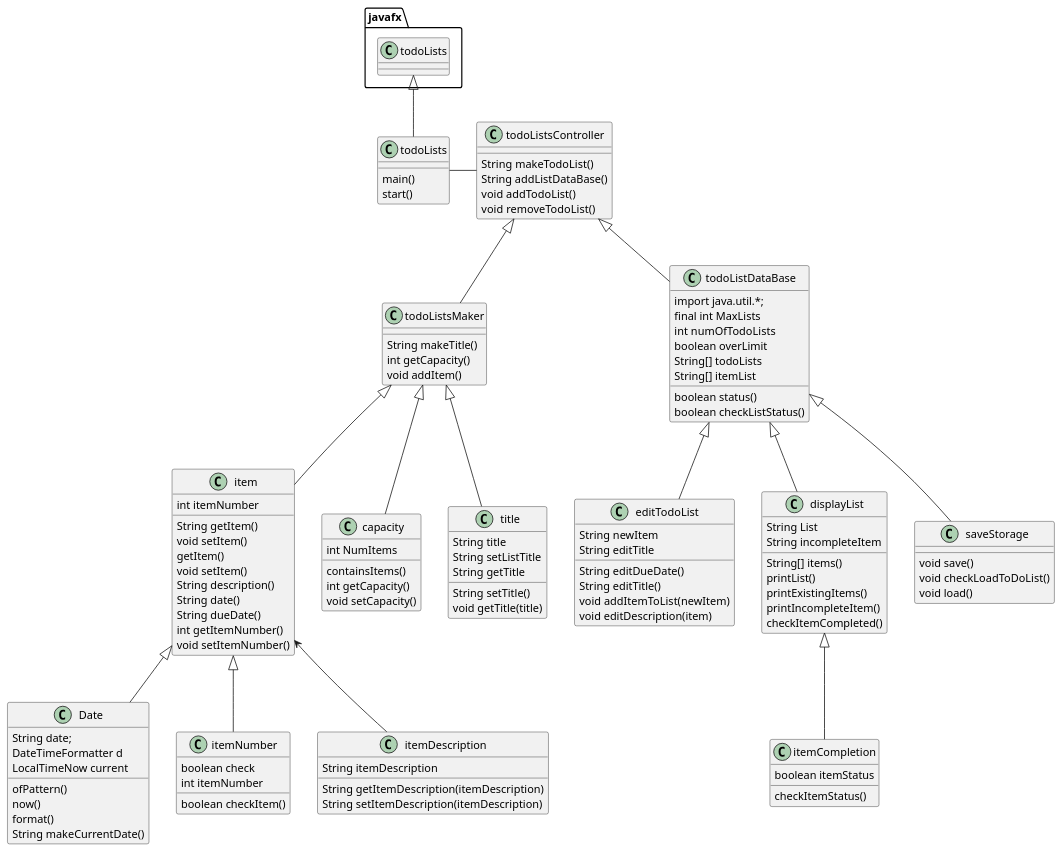
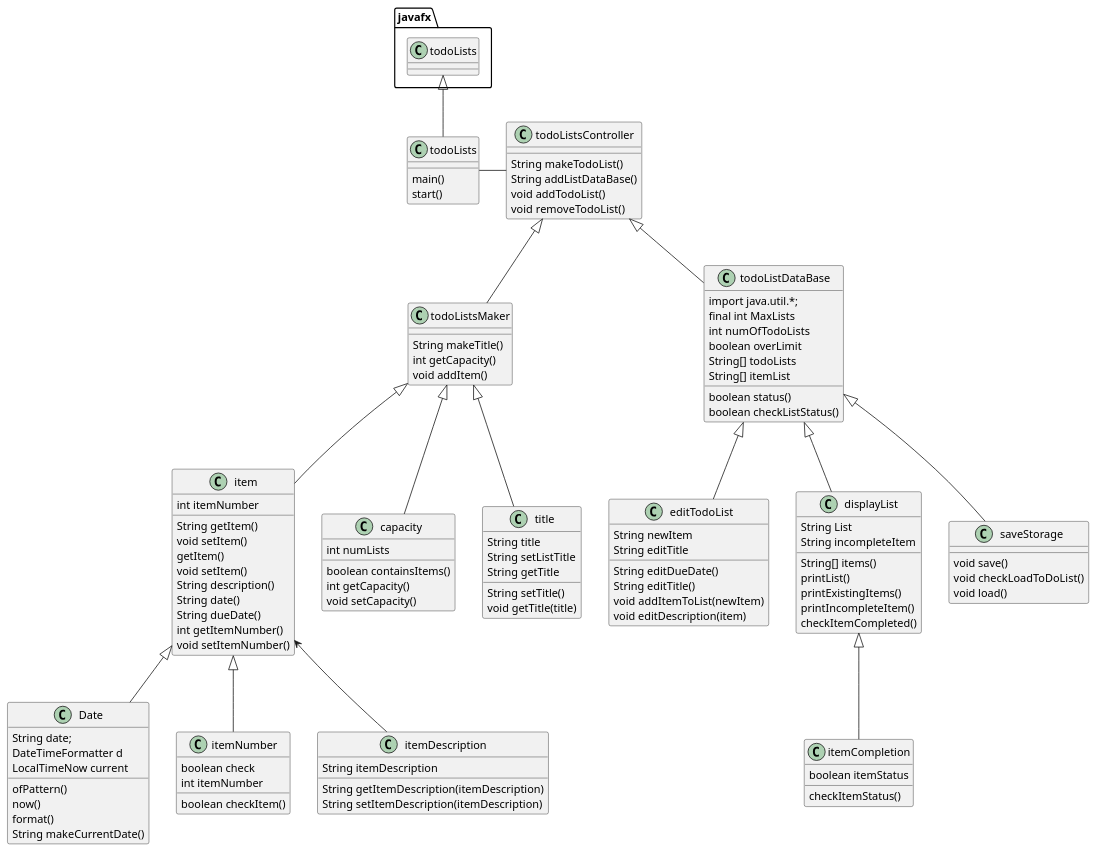
The diagram in UML/ListApplication.puml (vincentv1345/verapen-cop3330-assignment4), drawn with PlantUML before and after one commit. The commit also changed 5 other files, not shown here.

```diff
--- a/UML/ListApplication.puml
+++ b/UML/ListApplication.puml
@@ -1,114 +1,114 @@
 @startuml
 'https://plantuml.com/class-diagram
 
 class todoLists{
     main()
     start()
 }
 class todoListsController{
 String makeTodoList()
 String addListDataBase()
 void addTodoList()
 void removeTodoList()
 }
 class todoListsMaker{
 String makeTitle()
 int getCapacity()
 void addItem()
 
 }
 class item{
 String getItem()
 void setItem()
 int itemNumber
 getItem()
 void setItem()
 String description()
 String date()
 String dueDate()
 int getItemNumber()
 void setItemNumber()
 }
 class itemCompletion{
 boolean itemStatus
 checkItemStatus()
 }
 class capacity{
-int NumItems
-containsItems()
+int numLists
+boolean containsItems()
 int getCapacity()
 void setCapacity()
 }
 class title{
 String title
 String setListTitle
 String getTitle
 String setTitle()
 void getTitle(title)
 }
 class Date{
 String date;
 DateTimeFormatter d
 LocalTimeNow current
 ofPattern()
 now()
 format()
 String makeCurrentDate()
 }
 class todoListDataBase{
 import java.util.*;
 final int MaxLists
 int numOfTodoLists
 boolean overLimit
 boolean status()
 String[] todoLists
 String[] itemList
 boolean checkListStatus()
 }
 class editTodoList{
 String newItem
 String editTitle
 String editDueDate()
 String editTitle()
 void addItemToList(newItem)
 void editDescription(item)
 }
 class displayList{
 String List
 String[] items()
 String incompleteItem
 printList()
 printExistingItems()
 printIncompleteItem()
 checkItemCompleted()
 }
 class saveStorage{
 void save()
 void checkLoadToDoList()
 void load()
 }
 class itemNumber{
 boolean check
 int itemNumber
 boolean checkItem()
 }
 class itemDescription{
 String itemDescription
 String getItemDescription(itemDescription)
 String setItemDescription(itemDescription)
 }
 todoLists - todoListsController
 todoListsController <|-- todoListsMaker
 javafx.todoLists <|-- todoLists
 todoListsMaker <|-- item
 todoListsMaker <|-- capacity
 todoListsMaker <|-- title
 item <|-- Date
 item <|-- itemNumber
 item <-- itemDescription
 todoListsController <|-- todoListDataBase
 todoListDataBase <|-- editTodoList
 todoListDataBase <|-- displayList
 displayList <|-- itemCompletion
 todoListDataBase <|-- saveStorage
 @enduml
```
